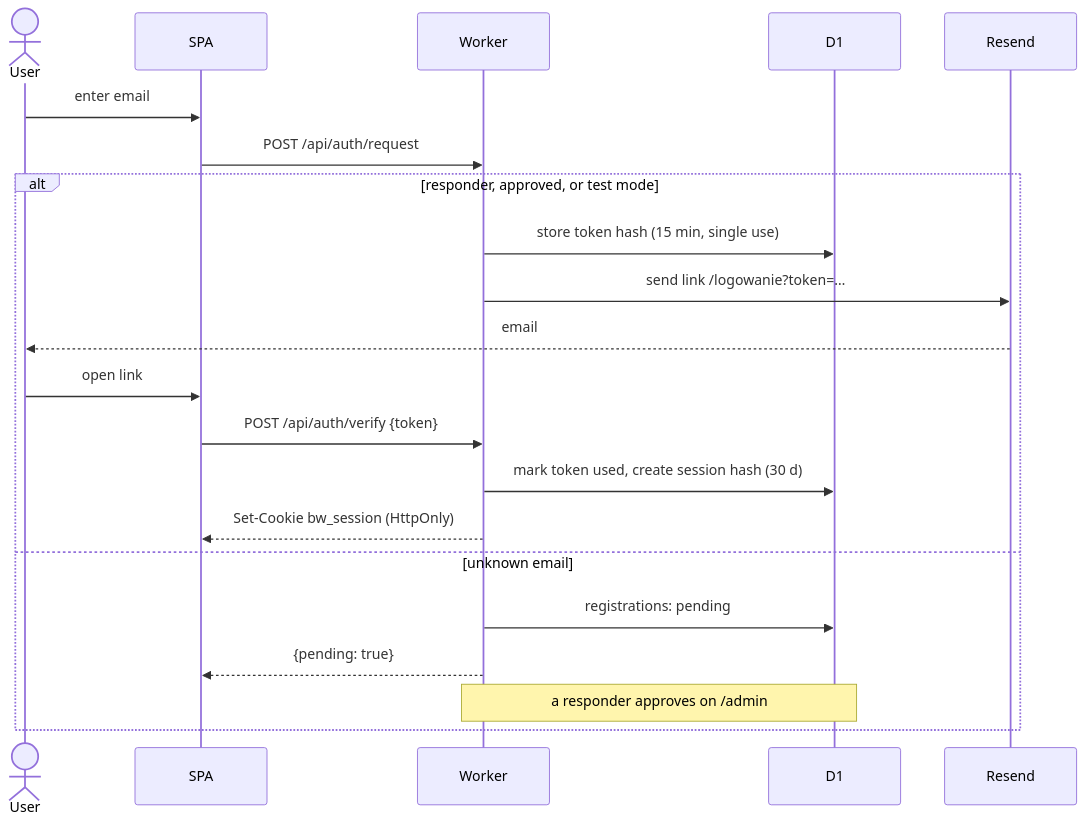
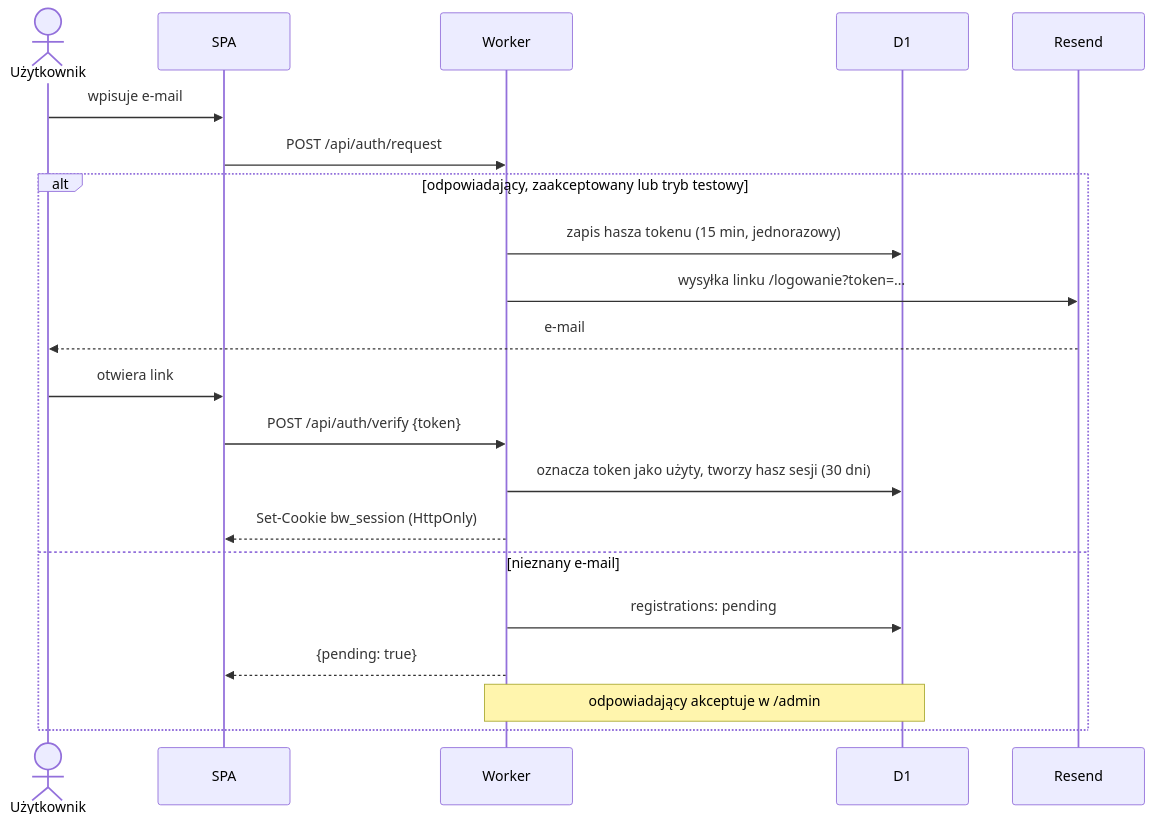
The sixth of 8 diagrams in docs/ARCHITECTURE.md (DLiHealer/bridgeway), drawn with Mermaid before and after one commit. The commit also changed other lines of this file and 11 other files, not shown here.

````diff
--- a/docs/ARCHITECTURE.md
+++ b/docs/ARCHITECTURE.md
@@ -175,23 +175,23 @@
 ```mermaid
 sequenceDiagram
-  actor U as User
+  actor U as Użytkownik
   participant SPA
   participant W as Worker
   participant D as D1
   participant M as Resend
-  U->>SPA: enter email
+  U->>SPA: wpisuje e-mail
   SPA->>W: POST /api/auth/request
-  alt responder, approved, or test mode
-    W->>D: store token hash (15 min, single use)
-    W->>M: send link /logowanie?token=…
-    M-->>U: email
-    U->>SPA: open link
+  alt odpowiadający, zaakceptowany lub tryb testowy
+    W->>D: zapis hasza tokenu (15 min, jednorazowy)
+    W->>M: wysyłka linku /logowanie?token=…
+    M-->>U: e-mail
+    U->>SPA: otwiera link
     SPA->>W: POST /api/auth/verify {token}
-    W->>D: mark token used, create session hash (30 d)
+    W->>D: oznacza token jako użyty, tworzy hasz sesji (30 dni)
     W-->>SPA: Set-Cookie bw_session (HttpOnly)
-  else unknown email
+  else nieznany e-mail
     W->>D: registrations: pending
     W-->>SPA: {pending: true}
-    Note over W,D: a responder approves on /admin
+    Note over W,D: odpowiadający akceptuje w /admin
   end
 ```
````
